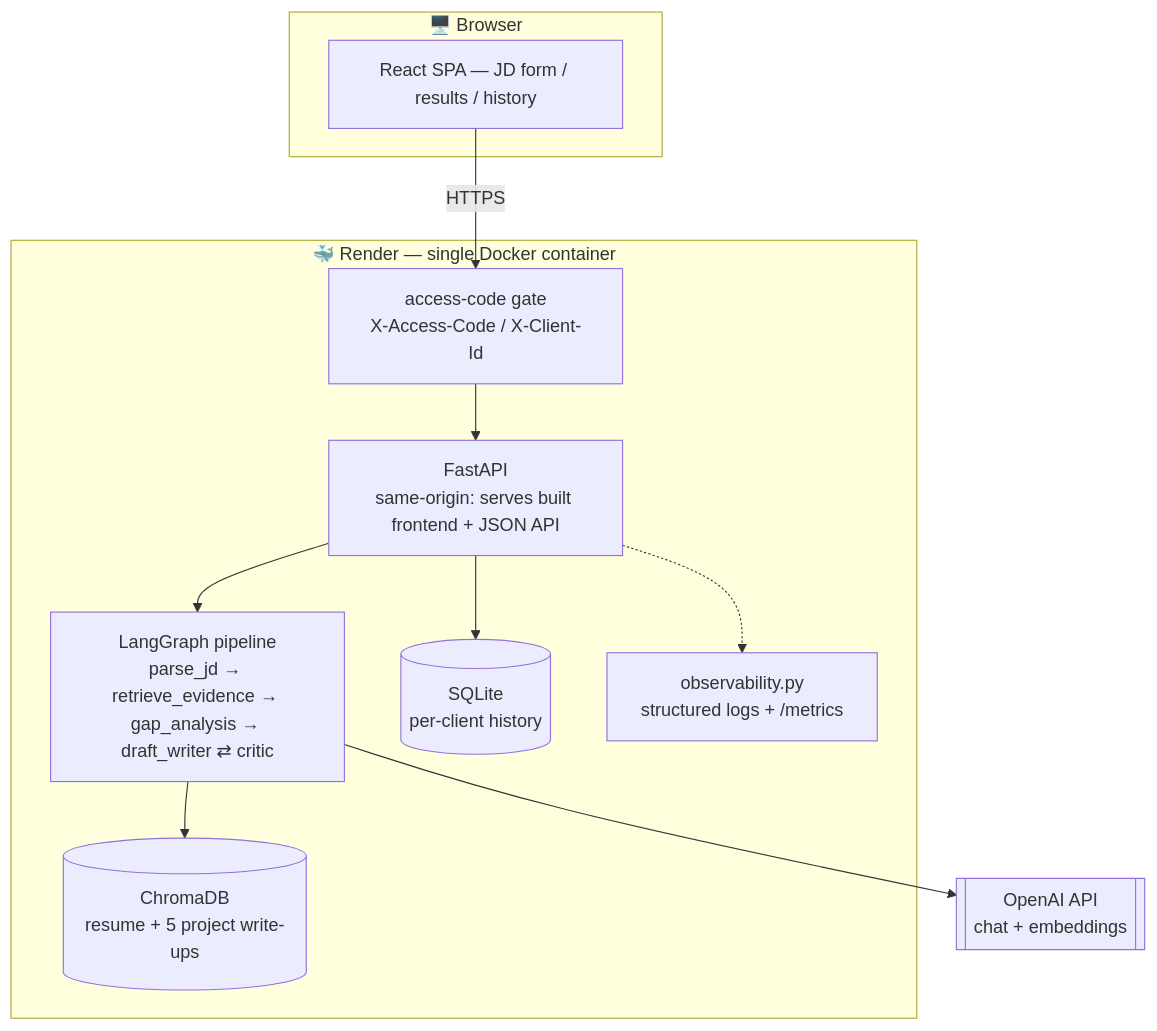
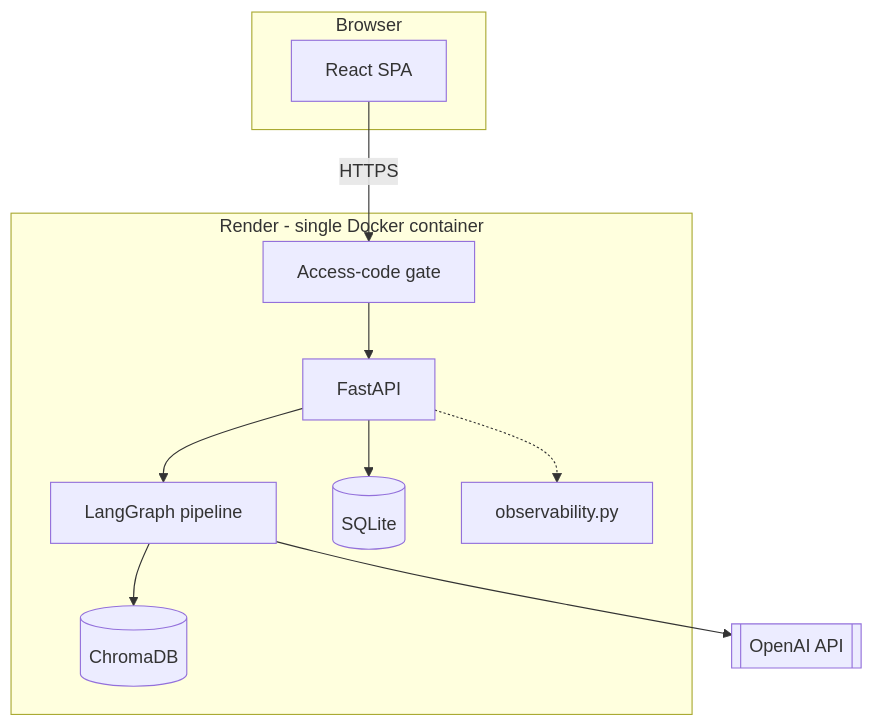
One commit to momo840505/career-copilot-agent changed the first of 2 diagrams in README.md. Above: the diagram before and after it, drawn with Mermaid. The commit also changed other lines of this file and 3 other files, not shown here.

Commit message:
Fix cropped screenshot, overflowing diagram, and 3 broken ToC links

````diff
--- a/README.md
+++ b/README.md
@@ -118,24 +118,24 @@
 ```mermaid
 flowchart TB
-    subgraph Client["🖥️ Browser"]
-        UI["React SPA — JD form / results / history"]
+    subgraph Client["Browser"]
+        UI["React SPA"]
     end
 
-    subgraph Server["🐳 Render — single Docker container"]
-        Auth["access-code gate\nX-Access-Code / X-Client-Id"]
-        API["FastAPI\nsame-origin: serves built frontend + JSON API"]
-        Graph["LangGraph pipeline\nparse_jd → retrieve_evidence → gap_analysis → draft_writer ⇄ critic"]
-        Chroma[("ChromaDB\nresume + 5 project write-ups")]
-        SQLite[("SQLite\nper-client history")]
-        Obs["observability.py\nstructured logs + /metrics"]
+    subgraph Server["Render - single Docker container"]
+        Auth["Access-code gate"]
+        API["FastAPI"]
+        Graph["LangGraph pipeline"]
+        Chroma[("ChromaDB")]
+        SQLite[("SQLite")]
+        Obs["observability.py"]
     end
 
-    OpenAI[["OpenAI API\nchat + embeddings"]]
+    OpenAI[["OpenAI API"]]
 
     UI -->|HTTPS| Auth --> API
     API --> Graph
     Graph --> Chroma
     Graph --> OpenAI
     API --> SQLite
     API -.-> Obs
 ```
````
